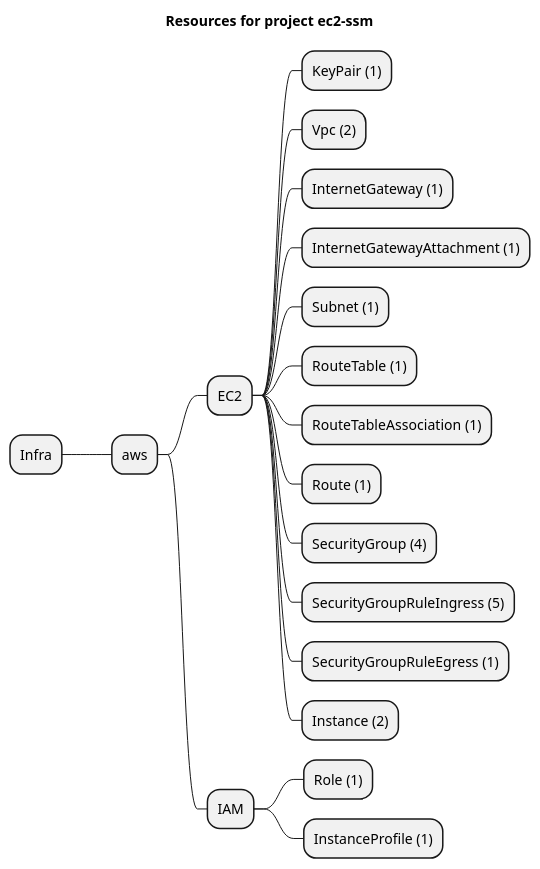
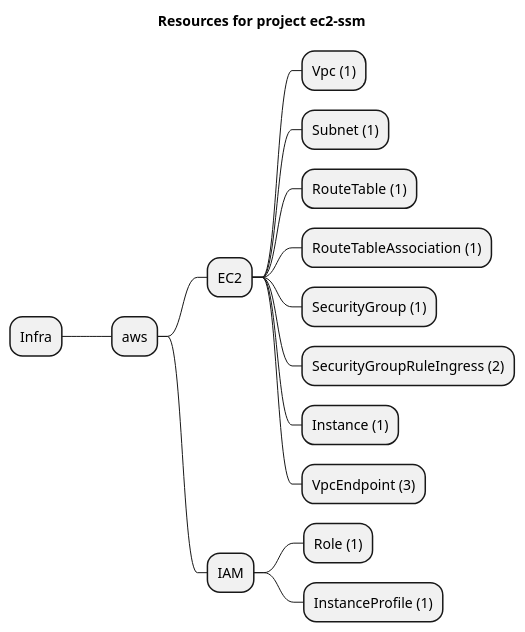
Before and after one commit to grucloud/grucloud: the diagram in examples/aws/EC2/ec2-ssm/artifacts/resources-mindmap.puml, drawn with PlantUML. The commit also changed 4 other files, not shown here.

```diff
--- a/examples/aws/EC2/ec2-ssm/artifacts/resources-mindmap.puml
+++ b/examples/aws/EC2/ec2-ssm/artifacts/resources-mindmap.puml
@@ -1,22 +1,18 @@
 @startmindmap
 title Resources for project ec2-ssm
 skinparam monochrome true
 + Infra
 ++ aws
 +++ EC2
-++++ KeyPair (1)
-++++ Vpc (2)
-++++ InternetGateway (1)
-++++ InternetGatewayAttachment (1)
+++++ Vpc (1)
 ++++ Subnet (1)
 ++++ RouteTable (1)
 ++++ RouteTableAssociation (1)
-++++ Route (1)
-++++ SecurityGroup (4)
-++++ SecurityGroupRuleIngress (5)
-++++ SecurityGroupRuleEgress (1)
-++++ Instance (2)
+++++ SecurityGroup (1)
+++++ SecurityGroupRuleIngress (2)
+++++ Instance (1)
+++++ VpcEndpoint (3)
 +++ IAM
 ++++ Role (1)
 ++++ InstanceProfile (1)
 @endmindmap
```
